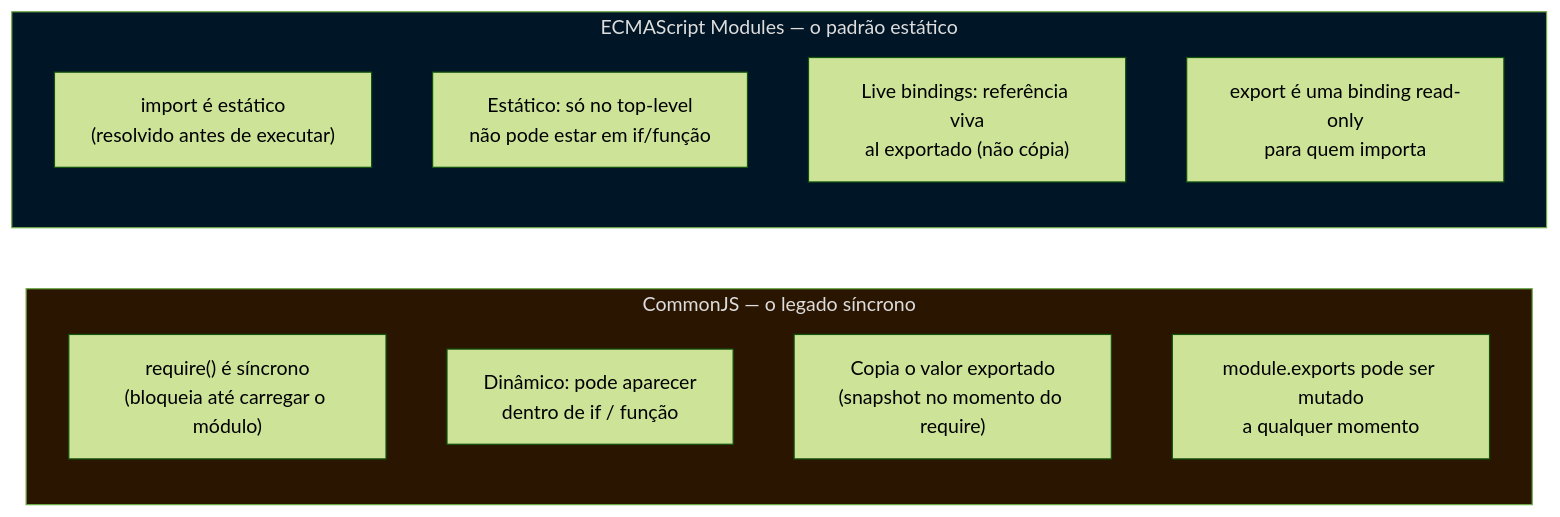
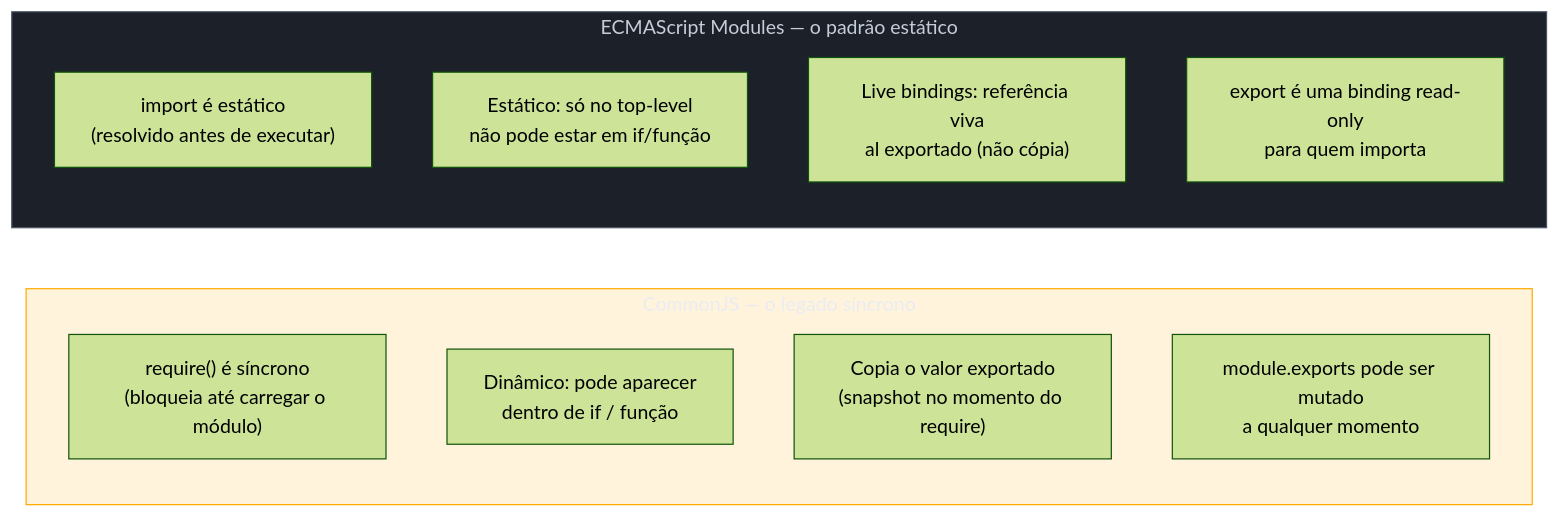
Before and after one commit to josenaldo/codex-technomanticus: the second of 7 diagrams in 03-Dominios/Tecnologia/Tooling e Build/06 - ESM e CJS e o sistema de módulos.md, drawn with Mermaid (forest theme). The commit also changed other lines of this file and 1181 other files, not shown here.

First line of the commit message:
fix(diagramas): paleta do sistema no lugar de cor cravada no markdown

````diff
--- a/03-Dominios/Tecnologia/Tooling e Build/06 - ESM e CJS e o sistema de módulos.md
+++ b/03-Dominios/Tecnologia/Tooling e Build/06 - ESM e CJS e o sistema de módulos.md
@@ -62,21 +62,23 @@
 ```mermaid
 flowchart LR
+    classDef destaque fill:#FFAA0024,stroke:#FFAA00,color:#E9ECF2
+    classDef neutro fill:#1B2029,stroke:#4E5666,color:#C6CCD8
     subgraph CJS["CommonJS — o legado síncrono"]
         direction TB
         CQ["require() é síncrono\n(bloqueia até carregar o módulo)"]
         CD["Dinâmico: pode aparecer\ndentro de if / função"]
         CC["Copia o valor exportado\n(snapshot no momento do require)"]
         CE["module.exports pode ser mutado\na qualquer momento"]
     end
 
     subgraph ESM["ECMAScript Modules — o padrão estático"]
         direction TB
         EQ["import é estático\n(resolvido antes de executar)"]
         ED["Estático: só no top-level\nnão pode estar em if/função"]
         EC["Live bindings: referência viva\nal exportado (não cópia)"]
         EE["export é uma binding read-only\npara quem importa"]
     end
 
-    style CJS fill:#2a1500,color:#ddd
-    style ESM fill:#001525,color:#ddd
+    class CJS destaque
+    class ESM neutro
 ```
````
